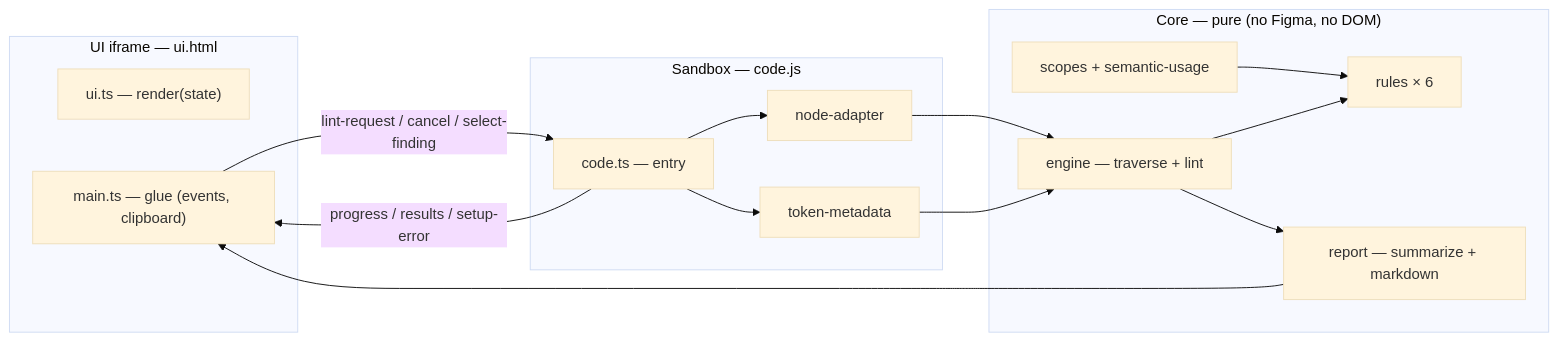
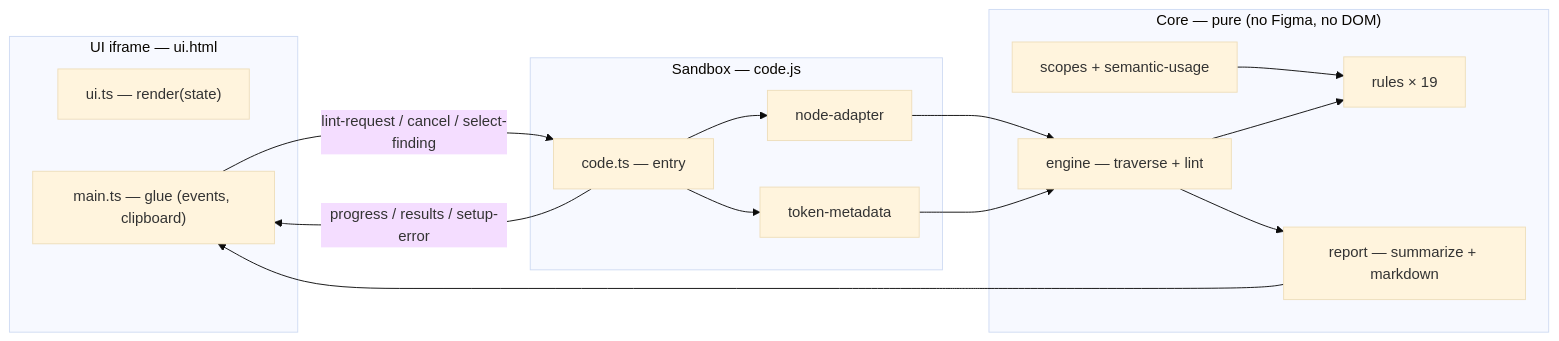
Before and after one commit to Infomaniak/design-system: the diagram in packages/figma/figma-plugin-linter/README.md, drawn with Mermaid (base theme). The commit also changed other lines of this file and 18 other files, not shown here.

````diff
--- a/packages/figma/figma-plugin-linter/README.md
+++ b/packages/figma/figma-plugin-linter/README.md
@@ -206,31 +223,31 @@
 ```mermaid
 flowchart LR
     subgraph Iframe["UI iframe — ui.html"]
         Render["ui.ts — render(state)"]
         Main["main.ts — glue (events, clipboard)"]
     end
 
     subgraph Sandbox["Sandbox — code.js"]
         Entry["code.ts — entry"]
         Adapter["node-adapter"]
         Metadata["token-metadata"]
     end
 
     subgraph Core["Core — pure (no Figma, no DOM)"]
         Engine["engine — traverse + lint"]
-        Rules["rules × 6"]
+        Rules["rules × 19"]
         Helpers["scopes + semantic-usage"]
         Report["report — summarize + markdown"]
     end
 
     Main -- "lint-request / cancel / select-finding" --> Entry
     Entry -- "progress / results / setup-error" --> Main
     Entry --> Adapter
     Entry --> Metadata
     Adapter --> Engine
     Metadata --> Engine
     Helpers --> Rules
     Engine --> Rules
     Engine --> Report
     Report --> Main
 ```
````
